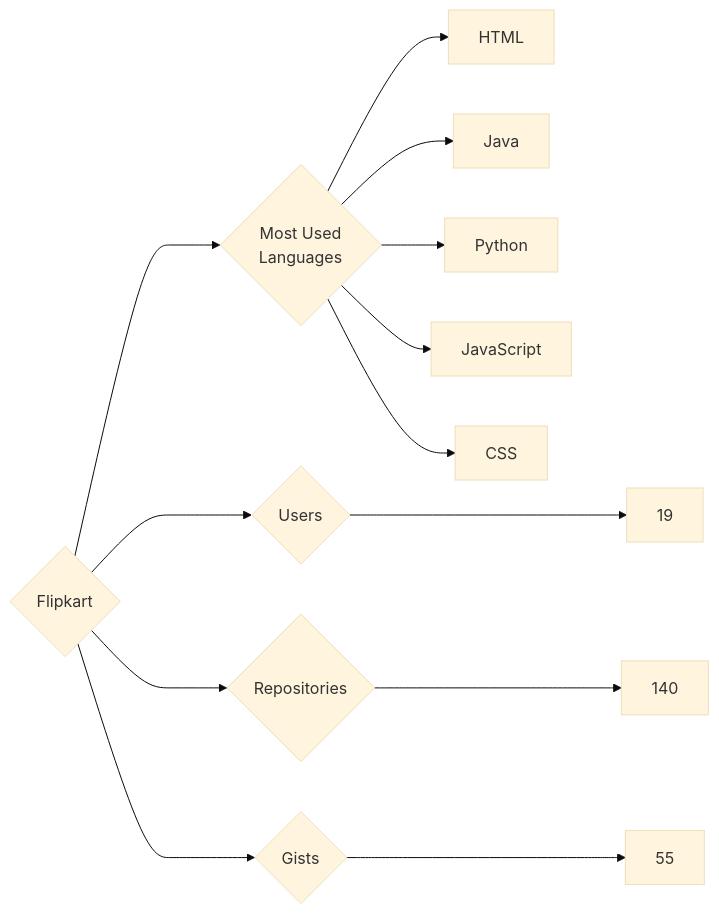
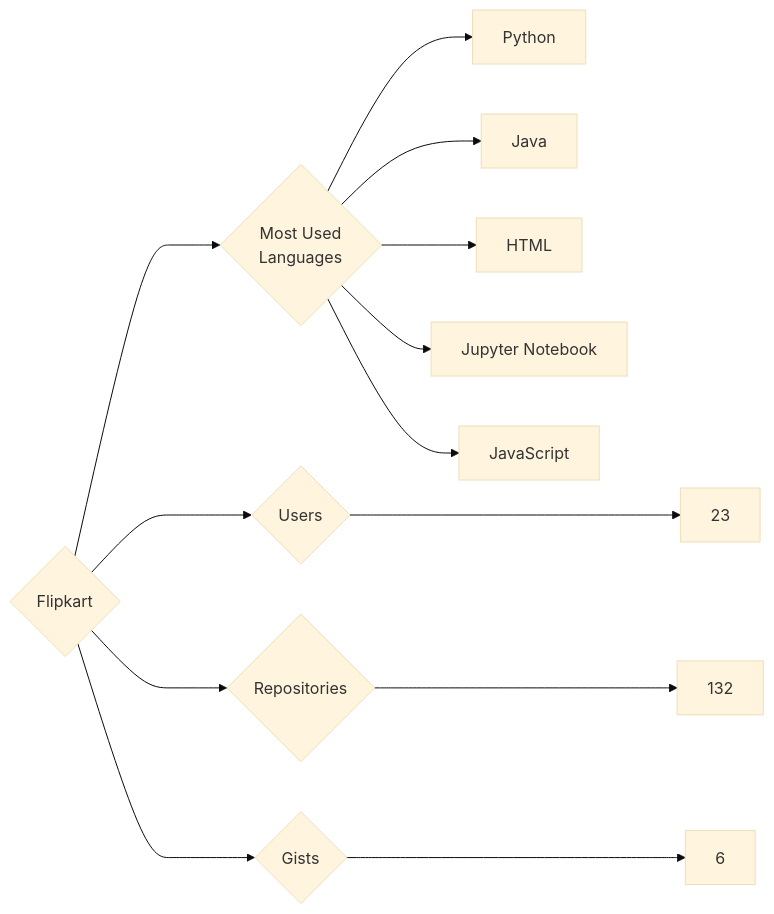
The diagram in targets/Flipkart/README.md (trickest/insiders), drawn with Mermaid (base theme) before and after one commit. The commit also changed 757 other files, not shown here.

````diff
--- a/targets/Flipkart/README.md
+++ b/targets/Flipkart/README.md
@@ -3,13 +3,13 @@
 ```mermaid
 graph LR
 COMPANY_NAME{Flipkart}
-COMPANY_NAME ---> U{Users} ---> UN[19]
-COMPANY_NAME ---> R{Repositories} ---> RN[140]
-COMPANY_NAME ---> G{Gists} ---> GN[55]
+COMPANY_NAME ---> U{Users} ---> UN[23]
+COMPANY_NAME ---> R{Repositories} ---> RN[132]
+COMPANY_NAME ---> G{Gists} ---> GN[6]
 COMPANY_NAME ---> ML{Most Used<br>Languages}
+ML --> Python[Python]
+ML --> Java[Java]
 ML --> HTML[HTML]
-ML --> Java[Java]
-ML --> Python[Python]
+ML --> Jupyter_Notebook[Jupyter Notebook]
 ML --> JavaScript[JavaScript]
-ML --> CSS[CSS]
 ```
````
